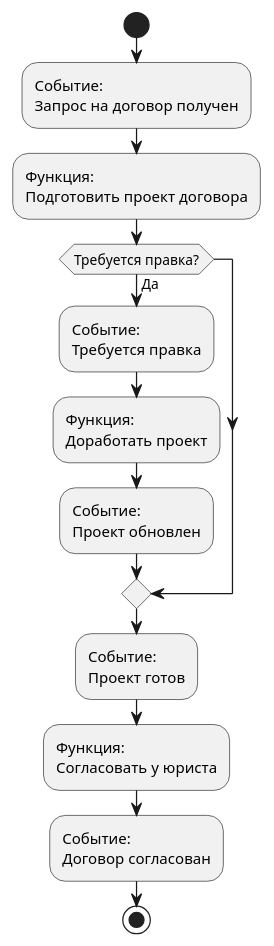
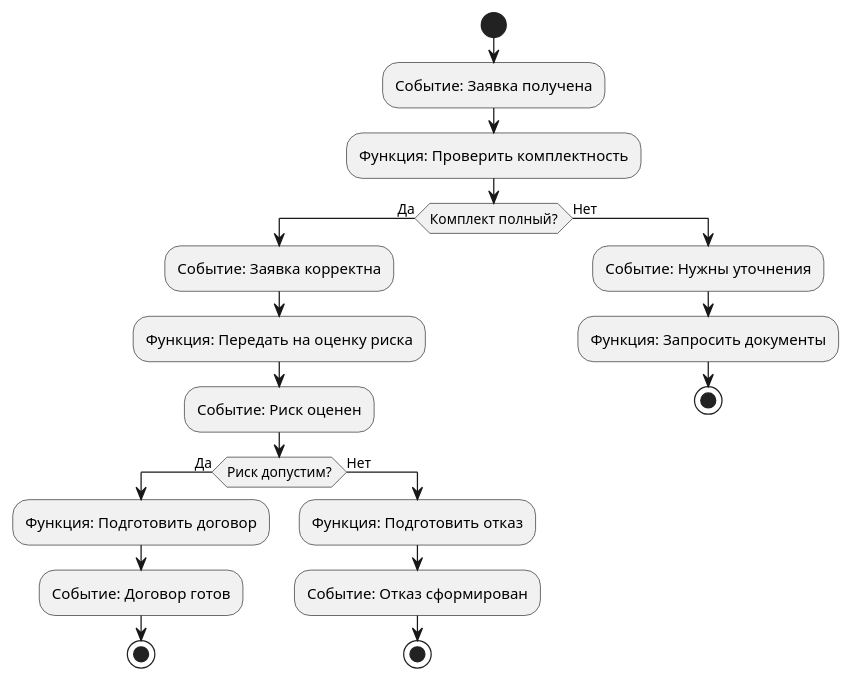
The diagram in docs/notations/eepc.md (iwizy/analyst_kb), drawn with PlantUML before and after one commit. The commit also changed other lines of this file and 20 other files, not shown here.

````diff
--- a/docs/notations/eepc.md
+++ b/docs/notations/eepc.md
@@ -23,16 +30,25 @@
 ```kroki-plantuml
 @startuml
 start
-:Событие:\nЗапрос на договор получен;
-:Функция:\nПодготовить проект договора;
-if (Требуется правка?) then (Да)
-  :Событие:\nТребуется правка;
-  :Функция:\nДоработать проект;
-  :Событие:\nПроект обновлен;
+:Событие: Заявка получена;
+:Функция: Проверить комплектность;
+if (Комплект полный?) then (Да)
+  :Событие: Заявка корректна;
+  :Функция: Передать на оценку риска;
+  :Событие: Риск оценен;
+  if (Риск допустим?) then (Да)
+    :Функция: Подготовить договор;
+    :Событие: Договор готов;
+    stop
+  else (Нет)
+    :Функция: Подготовить отказ;
+    :Событие: Отказ сформирован;
+    stop
+  endif
+else (Нет)
+  :Событие: Нужны уточнения;
+  :Функция: Запросить документы;
+  stop
 endif
-:Событие:\nПроект готов;
-:Функция:\nСогласовать у юриста;
-:Событие:\nДоговор согласован;
-stop
 @enduml
 ```
````
